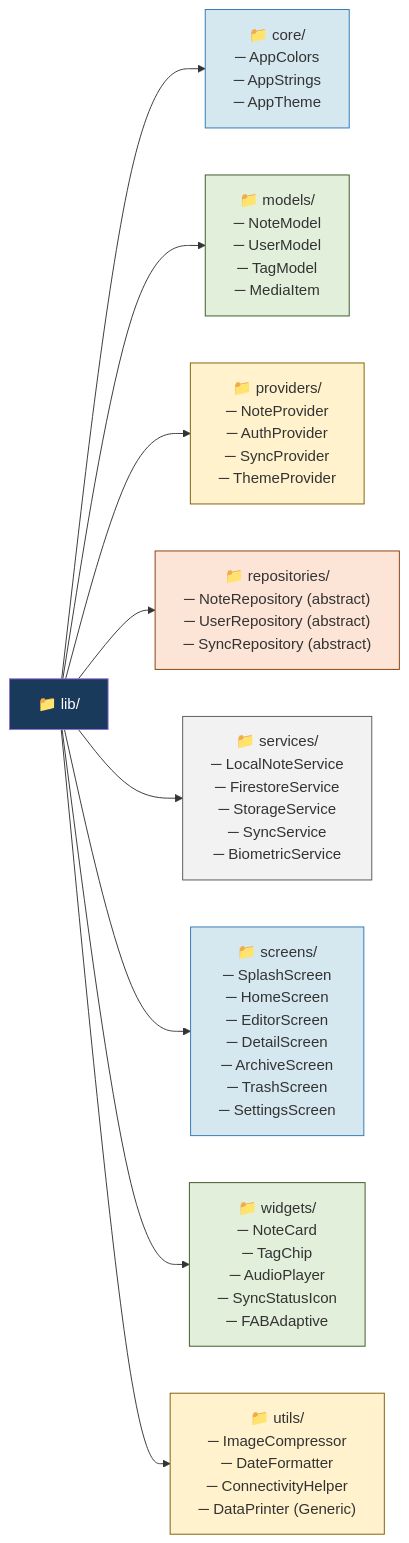
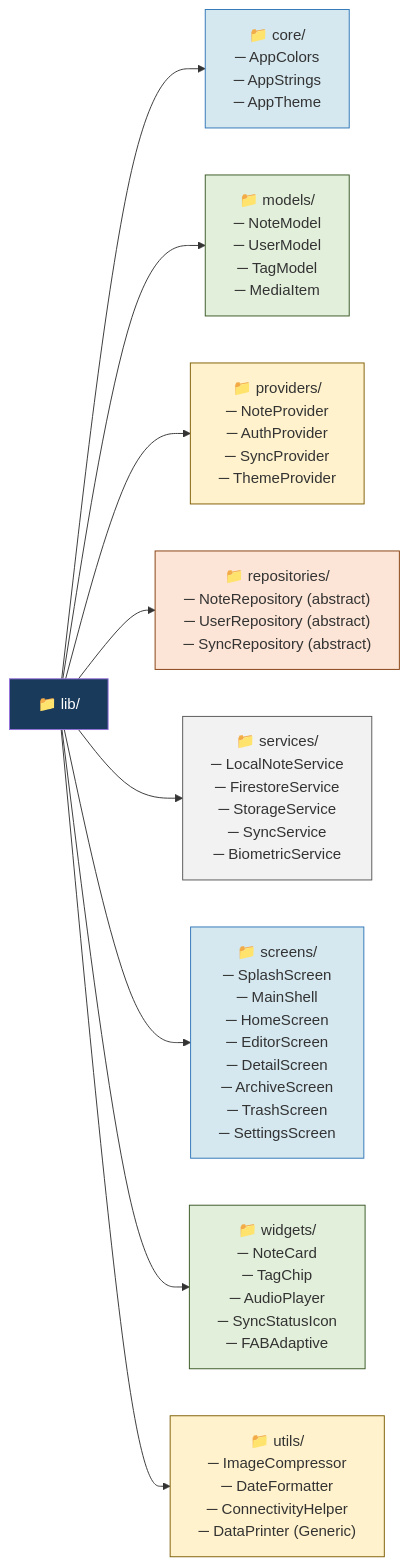
One commit to PVM-05/Smart-Note-App changed the second of 13 diagrams in docs/Architecture_and_Flows.md. Above: the diagram before and after it, drawn with Mermaid. The commit also changed other lines of this file and 7 other files, not shown here.

First line of the commit message:
feat(ui): Premium Header, SearchBar animation, Bottom Nav & MainShell

````diff
--- a/docs/Architecture_and_Flows.md
+++ b/docs/Architecture_and_Flows.md
@@ -90,23 +92,23 @@
 ```mermaid
 graph LR
     ROOT["📁 lib/"]
 
     ROOT --> CORE["📁 core/\n─ AppColors\n─ AppStrings\n─ AppTheme"]
     ROOT --> MODELS["📁 models/\n─ NoteModel\n─ UserModel\n─ TagModel\n─ MediaItem"]
     ROOT --> PROVIDERS["📁 providers/\n─ NoteProvider\n─ AuthProvider\n─ SyncProvider\n─ ThemeProvider"]
     ROOT --> REPOS["📁 repositories/\n─ NoteRepository (abstract)\n─ UserRepository (abstract)\n─ SyncRepository (abstract)"]
     ROOT --> SERVICES["📁 services/\n─ LocalNoteService\n─ FirestoreService\n─ StorageService\n─ SyncService\n─ BiometricService"]
-    ROOT --> SCREENS["📁 screens/\n─ SplashScreen\n─ HomeScreen\n─ EditorScreen\n─ DetailScreen\n─ ArchiveScreen\n─ TrashScreen\n─ SettingsScreen"]
+    ROOT --> SCREENS["📁 screens/\n─ SplashScreen\n─ MainShell\n─ HomeScreen\n─ EditorScreen\n─ DetailScreen\n─ ArchiveScreen\n─ TrashScreen\n─ SettingsScreen"]
     ROOT --> WIDGETS["📁 widgets/\n─ NoteCard\n─ TagChip\n─ AudioPlayer\n─ SyncStatusIcon\n─ FABAdaptive"]
     ROOT --> UTILS["📁 utils/\n─ ImageCompressor\n─ DateFormatter\n─ ConnectivityHelper\n─ DataPrinter (Generic)"]
 
     style ROOT fill:#1A3A5C,color:#FFF
     style CORE fill:#D5E8F0,stroke:#2E75B6
     style MODELS fill:#E2EFDA,stroke:#375623
     style PROVIDERS fill:#FFF2CC,stroke:#7D5C00
     style REPOS fill:#FCE4D6,stroke:#843C0C
     style SERVICES fill:#F2F2F2,stroke:#555
     style SCREENS fill:#D5E8F0,stroke:#2E75B6
     style WIDGETS fill:#E2EFDA,stroke:#375623
     style UTILS fill:#FFF2CC,stroke:#7D5C00
 ```
````
